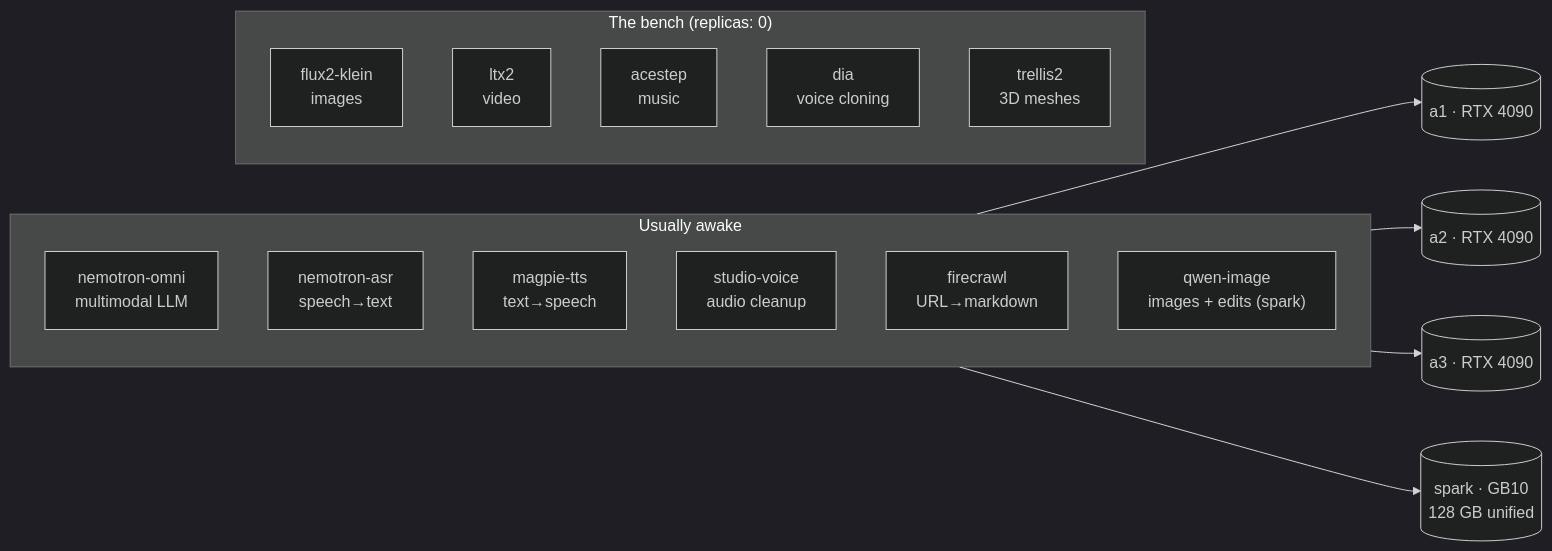
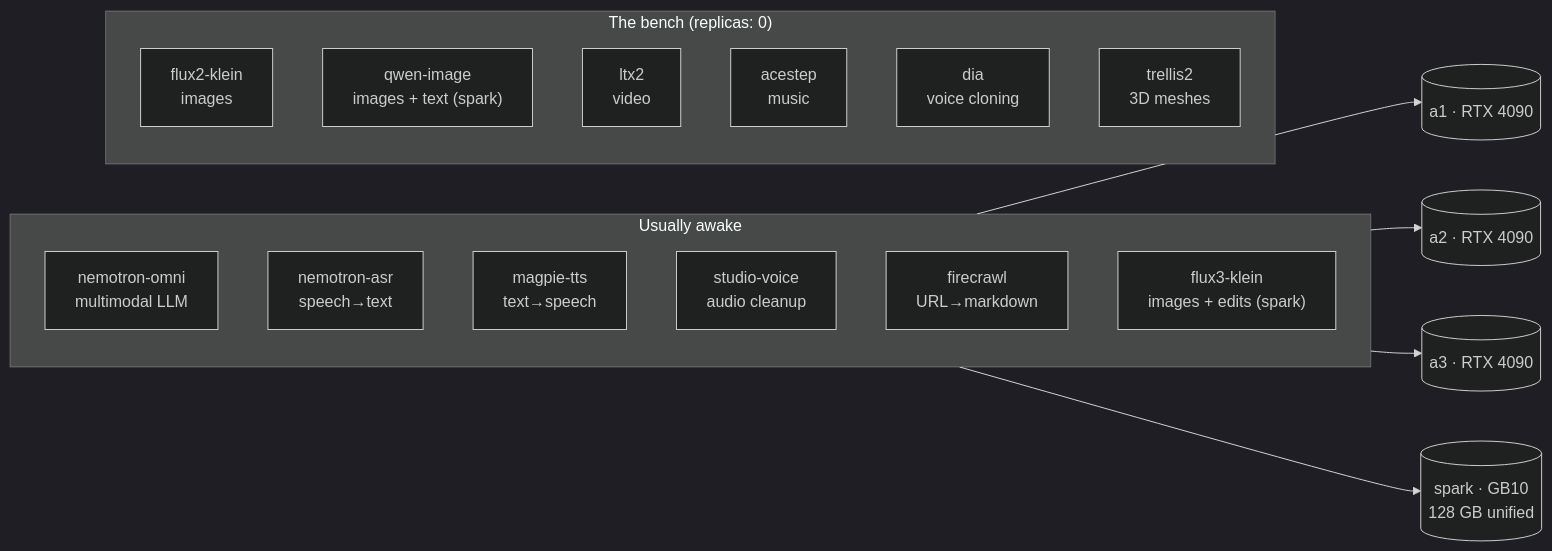
The diagram in docs-site/docs/ai/inference-fleet.md (briancaffey/home-lab), drawn with Mermaid (dark theme) before and after one commit. The commit also changed other lines of this file and 28 other files, not shown here.

First line of the commit message:
docs: RustFS migration, FLUX 3 Klein, node patch day, a2 deadlock

````diff
--- a/docs-site/docs/ai/inference-fleet.md
+++ b/docs-site/docs/ai/inference-fleet.md
@@ -18,23 +18,24 @@
 ```mermaid
 flowchart LR
     subgraph active["Usually awake"]
         omni["nemotron-omni<br/>multimodal LLM"]
         asr["nemotron-asr<br/>speech→text"]
         magpie["magpie-tts<br/>text→speech"]
         sv["studio-voice<br/>audio cleanup"]
         fc["firecrawl<br/>URL→markdown"]
-        qwen["qwen-image<br/>images + edits (spark)"]
+        klein["flux3-klein<br/>images + edits (spark)"]
     end
     subgraph parked["The bench (replicas: 0)"]
         flux["flux2-klein<br/>images"]
+        qwen["qwen-image<br/>images + text (spark)"]
         ltx["ltx2<br/>video"]
         ace["acestep<br/>music"]
         dia["dia<br/>voice cloning"]
         trellis["trellis2<br/>3D meshes"]
     end
     gpu1[("a1 · RTX 4090")]
     gpu2[("a2 · RTX 4090")]
     gpu3[("a3 · RTX 4090")]
     spark[("spark · GB10<br/>128 GB unified")]
     active --> gpu1 & gpu2 & gpu3 & spark
 ```
````
